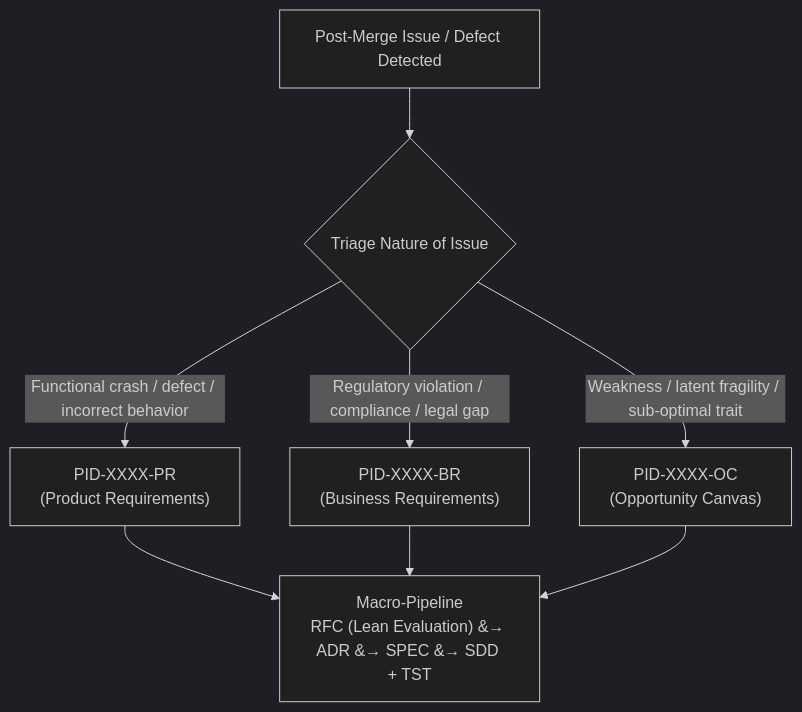
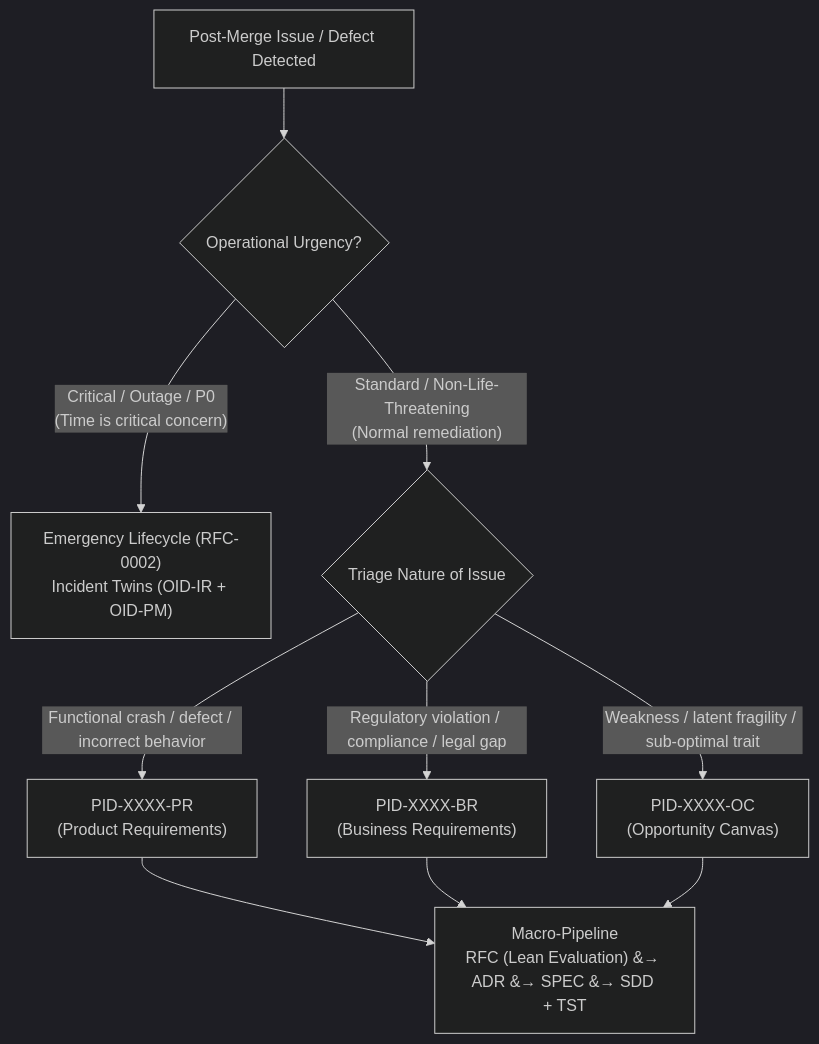
Before and after one commit to criscarneirocwb/eoc-framework: the second of 2 diagrams in arch/02-concept/active/RFC-0001-workflow.md, drawn with Mermaid (dark theme). The commit also changed other lines of this file, not shown here.

Commit message:
Enhance defect management lifecycle in EoC framework with operational urgency triage and documentation updates

````diff
--- a/arch/02-concept/active/RFC-0001-workflow.md
+++ b/arch/02-concept/active/RFC-0001-workflow.md
@@ -134,12 +141,15 @@
 ```mermaid
 flowchart TD
-    Issue["Post-Merge Issue / Defect Detected"] --> Triage{"Triage Nature of Issue"}
+    Issue["Post-Merge Issue / Defect Detected"] --> Urgency{"Operational Urgency?"}
+    
+    Urgency -->|"Critical / Outage / P0<br/>(Time is critical concern)"| RFC2["Emergency Lifecycle (RFC-0002)<br/>Incident Twins (OID-IR + OID-PM)"]
+    Urgency -->|"Standard / Non-Life-Threatening<br/>(Normal remediation)"| Triage{"Triage Nature of Issue"}
     
     Triage -->|"Functional crash / defect / incorrect behavior"| PRD["PID-XXXX-PR<br/>(Product Requirements)"]
     Triage -->|"Regulatory violation / compliance / legal gap"| BRD["PID-XXXX-BR<br/>(Business Requirements)"]
     Triage -->|"Weakness / latent fragility / sub-optimal trait"| OC["PID-XXXX-OC<br/>(Opportunity Canvas)"]
     
     PRD --> Pipeline["Macro-Pipeline<br/>RFC (Lean Evaluation) &#8594; ADR &#8594; SPEC &#8594; SDD + TST"]
     BRD --> Pipeline
     OC --> Pipeline
 ```
````
